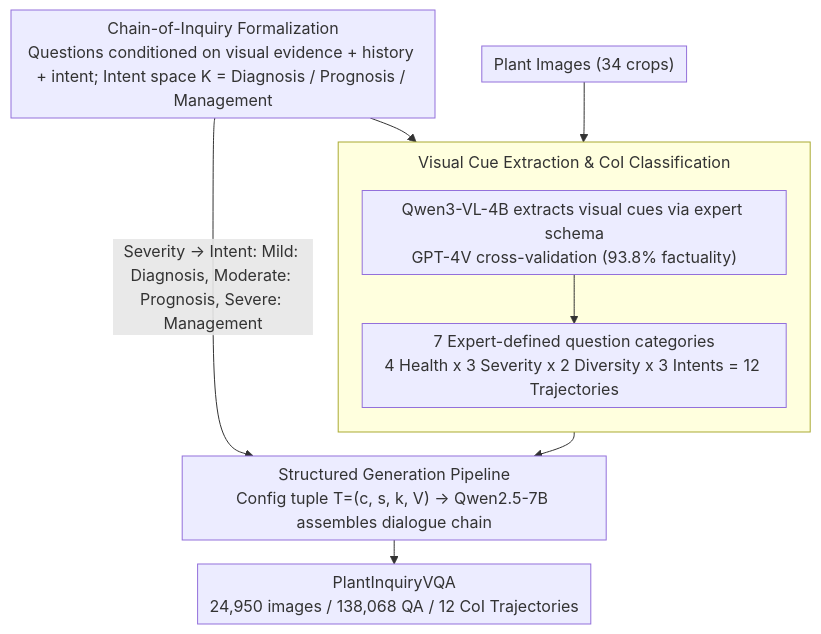
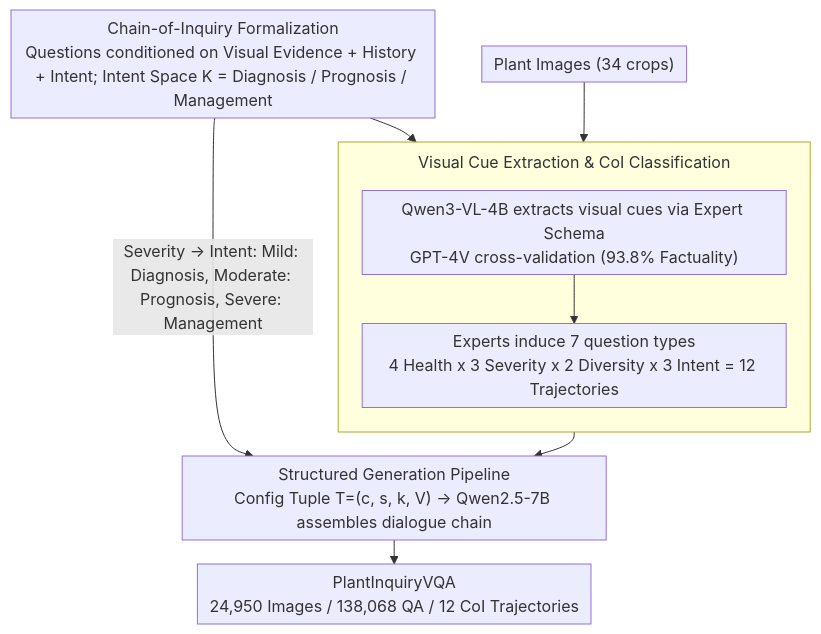
Before and after one commit to zhaoyang97/Paper-Notes-en: the diagram in docs/ACL2026/vlm_reasoning/thinking_like_a_botanist_challenging_multimodal_language_models_with_intent-driv.md, drawn with Mermaid. The commit also changed other lines of this file and 5084 other files, not shown here.

````diff
--- a/docs/ACL2026/vlm_reasoning/thinking_like_a_botanist_challenging_multimodal_language_models_with_intent-driv.md
+++ b/docs/ACL2026/vlm_reasoning/thinking_like_a_botanist_challenging_multimodal_language_models_with_intent-driv.md
@@ -44,17 +44,17 @@
 ```mermaid
 %%{init: {'flowchart': {'rankSpacing': 24, 'nodeSpacing': 28, 'padding': 6, 'wrappingWidth': 400, 'subGraphTitleMargin': {'top': 8, 'bottom': 16}}}}%%
 flowchart TD
-    K["Chain-of-Inquiry Formalization<br/>Questions conditioned on visual evidence + history + intent; Intent space K = Diagnosis / Prognosis / Management"]
+    K["Chain-of-Inquiry Formalization<br/>Questions conditioned on Visual Evidence + History + Intent; Intent Space K = Diagnosis / Prognosis / Management"]
     A["Plant Images (34 crops)"]
     subgraph S2["Visual Cue Extraction & CoI Classification"]
         direction TB
-        B["Qwen3-VL-4B extracts visual cues via expert schema<br/>GPT-4V cross-validation (93.8% factuality)"]
-        C["7 Expert-defined question categories<br/>4 Health x 3 Severity x 2 Diversity x 3 Intents = 12 Trajectories"]
+        B["Qwen3-VL-4B extracts visual cues via Expert Schema<br/>GPT-4V cross-validation (93.8% Factuality)"]
+        C["Experts induce 7 question types<br/>4 Health x 3 Severity x 2 Diversity x 3 Intent = 12 Trajectories"]
         B --> C
     end
     A --> S2
     K --> S2
-    S2 --> D["Structured Generation Pipeline<br/>Config tuple T=(c, s, k, V) → Qwen2.5-7B assembles dialogue chain"]
+    S2 --> D["Structured Generation Pipeline<br/>Config Tuple T=(c, s, k, V) → Qwen2.5-7B assembles dialogue chain"]
     K -->|"Severity → Intent: Mild: Diagnosis, Moderate: Prognosis, Severe: Management"| D
-    D --> E["PlantInquiryVQA<br/>24,950 images / 138,068 QA / 12 CoI Trajectories"]
+    D --> E["PlantInquiryVQA<br/>24,950 Images / 138,068 QA / 12 CoI Trajectories"]
 ```
````
